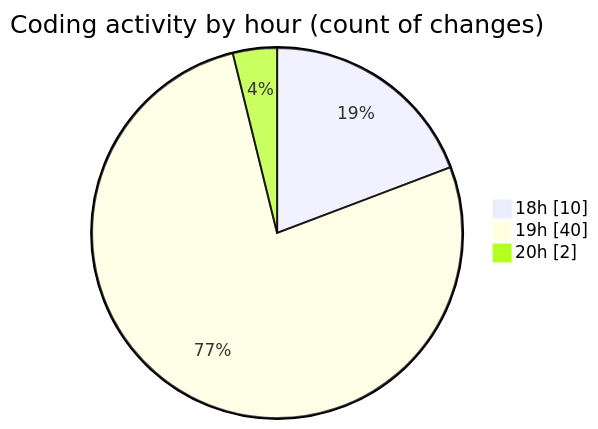
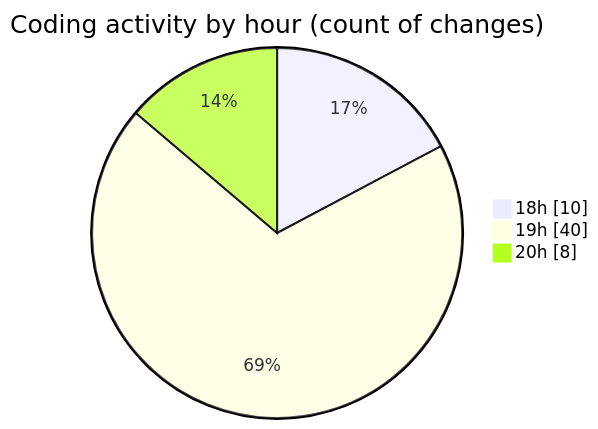
The second of 2 diagrams in 2025-03-29/back-end/README.md (Netris89/code-tracking), drawn with Mermaid before and after one commit. The commit also changed other lines of this file and 1 other file, not shown here.

````diff
--- a/2025-03-29/back-end/README.md
+++ b/2025-03-29/back-end/README.md
@@ -31,7 +31,7 @@
 ```mermaid
 pie showData
 title Coding activity by hour (count of changes)
 "18h" : 10
 "19h" : 40
-"20h" : 2
+"20h" : 8
 ```
````
